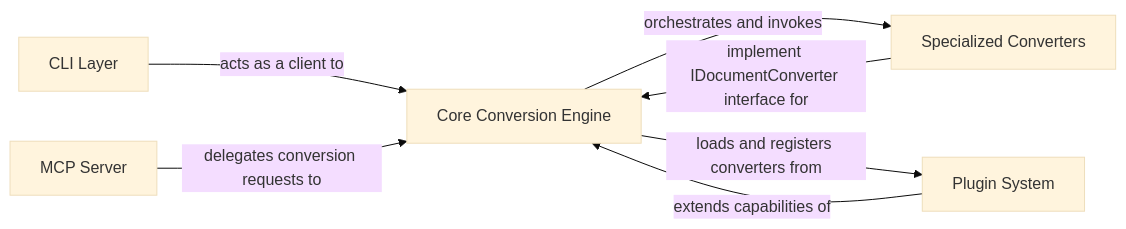
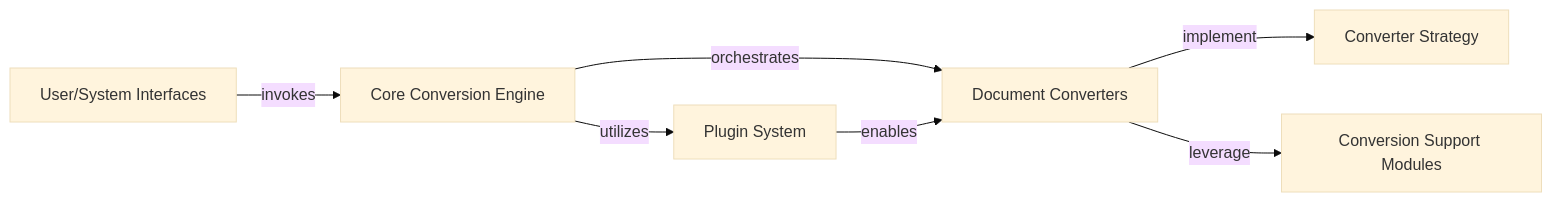
The diagram in markitdown/on_boarding.md (CodeBoarding/GeneratedOnBoardings), drawn with Mermaid (base theme) before and after one commit. The commit also changed other lines of this file, not shown here.

````diff
--- a/markitdown/on_boarding.md
+++ b/markitdown/on_boarding.md
@@ -1,14 +1,15 @@
 ```mermaid
 graph LR
     Core_Conversion_Engine["Core Conversion Engine"]
-    Specialized_Converters["Specialized Converters"]
+    Converter_Strategy["Converter Strategy"]
+    Document_Converters["Document Converters"]
     Plugin_System["Plugin System"]
-    CLI_Layer["CLI Layer"]
-    MCP_Server["MCP Server"]
-    Core_Conversion_Engine -- "orchestrates and invokes" --> Specialized_Converters
-    Specialized_Converters -- "implement IDocumentConverter interface for" --> Core_Conversion_Engine
-    Core_Conversion_Engine -- "loads and registers converters from" --> Plugin_System
-    Plugin_System -- "extends capabilities of" --> Core_Conversion_Engine
-    CLI_Layer -- "acts as a client to" --> Core_Conversion_Engine
-    MCP_Server -- "delegates conversion requests to" --> Core_Conversion_Engine
+    User_System_Interfaces["User/System Interfaces"]
+    Conversion_Support_Modules["Conversion Support Modules"]
+    User_System_Interfaces -- "invokes" --> Core_Conversion_Engine
+    Core_Conversion_Engine -- "orchestrates" --> Document_Converters
+    Core_Conversion_Engine -- "utilizes" --> Plugin_System
+    Document_Converters -- "implement" --> Converter_Strategy
+    Document_Converters -- "leverage" --> Conversion_Support_Modules
+    Plugin_System -- "enables" --> Document_Converters
 ```
````
